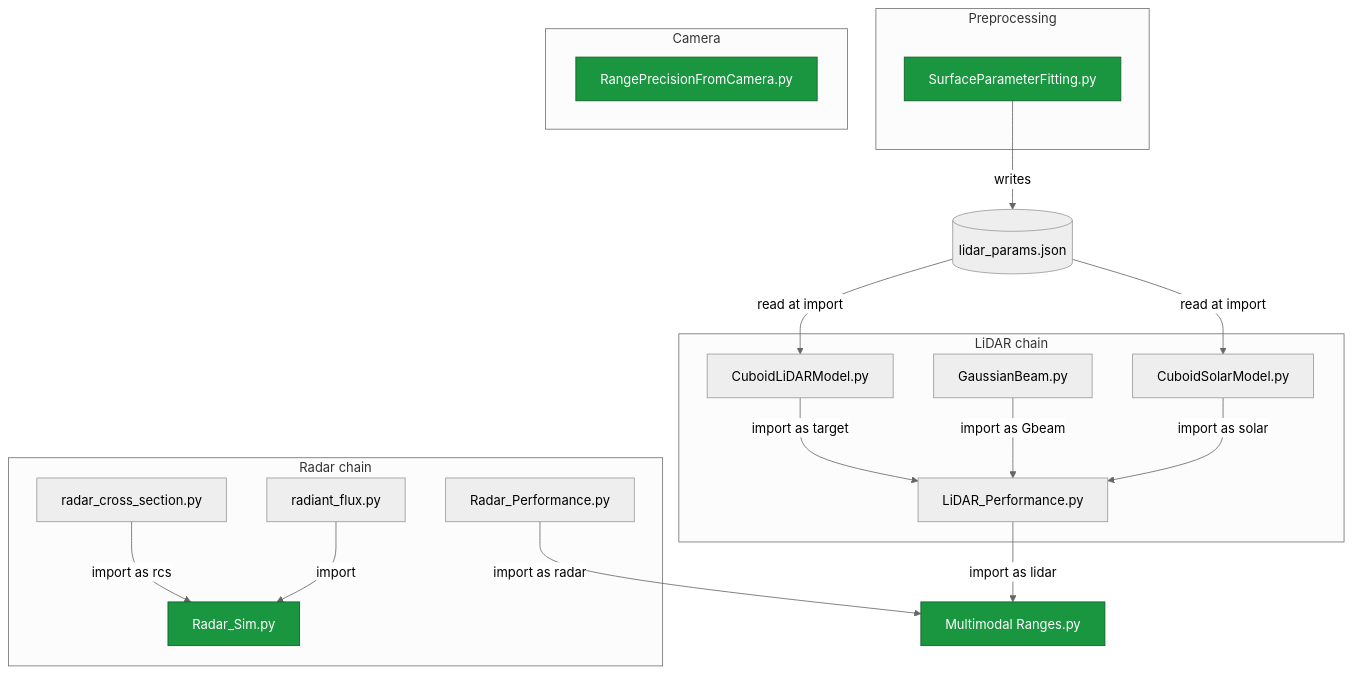
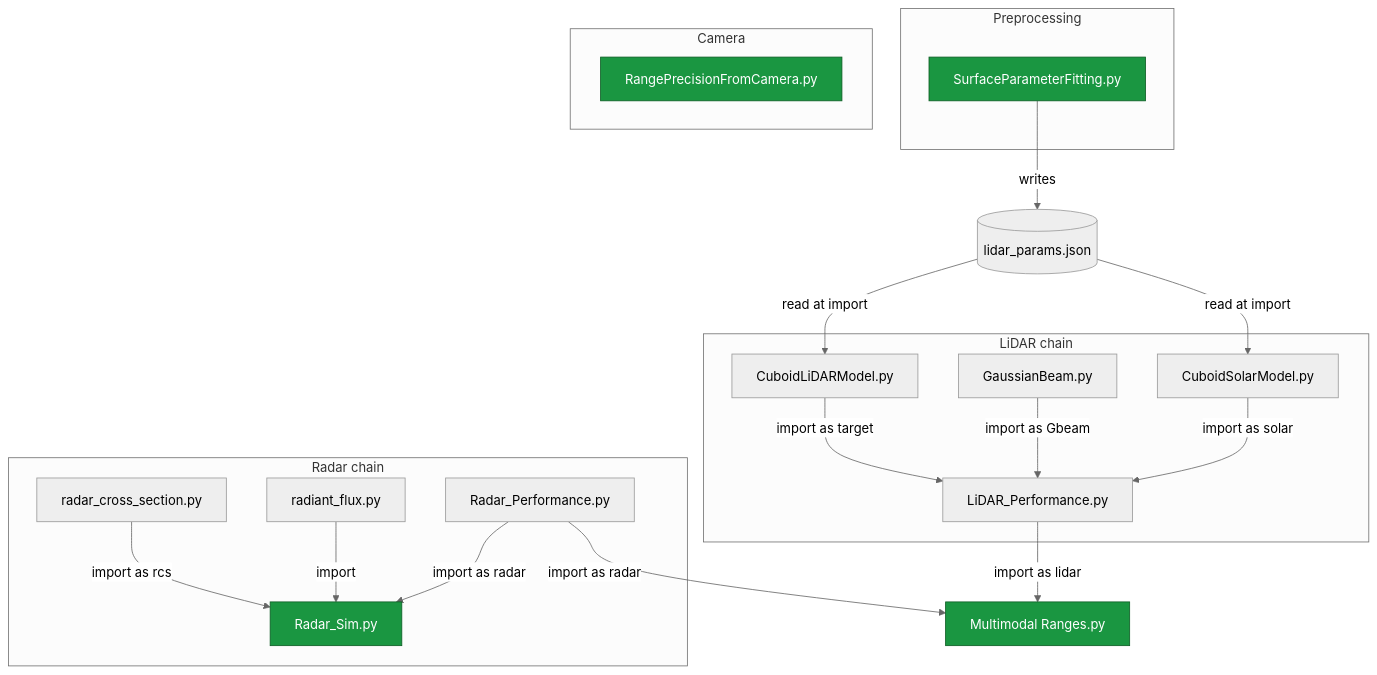
One commit to J-H-Sims/SenseAndEffect changed the diagram in ARCHITECTURE.md. Above: the diagram before and after it, drawn with Mermaid (neutral theme). The commit also changed other lines of this file and 6 other files, not shown here.

````diff
--- a/ARCHITECTURE.md
+++ b/ARCHITECTURE.md
@@ -7,40 +7,41 @@
 ```mermaid
 flowchart TB
     subgraph prep[Preprocessing]
         SPF[SurfaceParameterFitting.py]
     end
     JSON[(lidar_params.json)]
     SPF -- writes --> JSON
 
     subgraph lidar[LiDAR chain]
         GB[GaussianBeam.py]
         CLM[CuboidLiDARModel.py]
         CSM[CuboidSolarModel.py]
         LP[LiDAR_Performance.py]
     end
     JSON -- read at import --> CLM
     JSON -- read at import --> CSM
     CLM -- import as target --> LP
     GB  -- import as Gbeam  --> LP
     CSM -- import as solar  --> LP
 
     subgraph radar[Radar chain]
         RCS[radar_cross_section.py]
         RF[radiant_flux.py]
         RP[Radar_Performance.py]
         RSim[Radar_Sim.py]
     end
     RCS -- import as rcs --> RSim
     RF  -- import        --> RSim
+    RP  -- import as radar --> RSim
 
     subgraph camera[Camera]
         RPC[RangePrecisionFromCamera.py]
     end
 
     MMR[Multimodal Ranges.py]
     LP -- import as lidar --> MMR
     RP -- import as radar --> MMR
 
     classDef entry fill:#1a9641,color:#fff,stroke:#0d5d24;
     class MMR,RSim,RPC,SPF entry;
 ```
````
